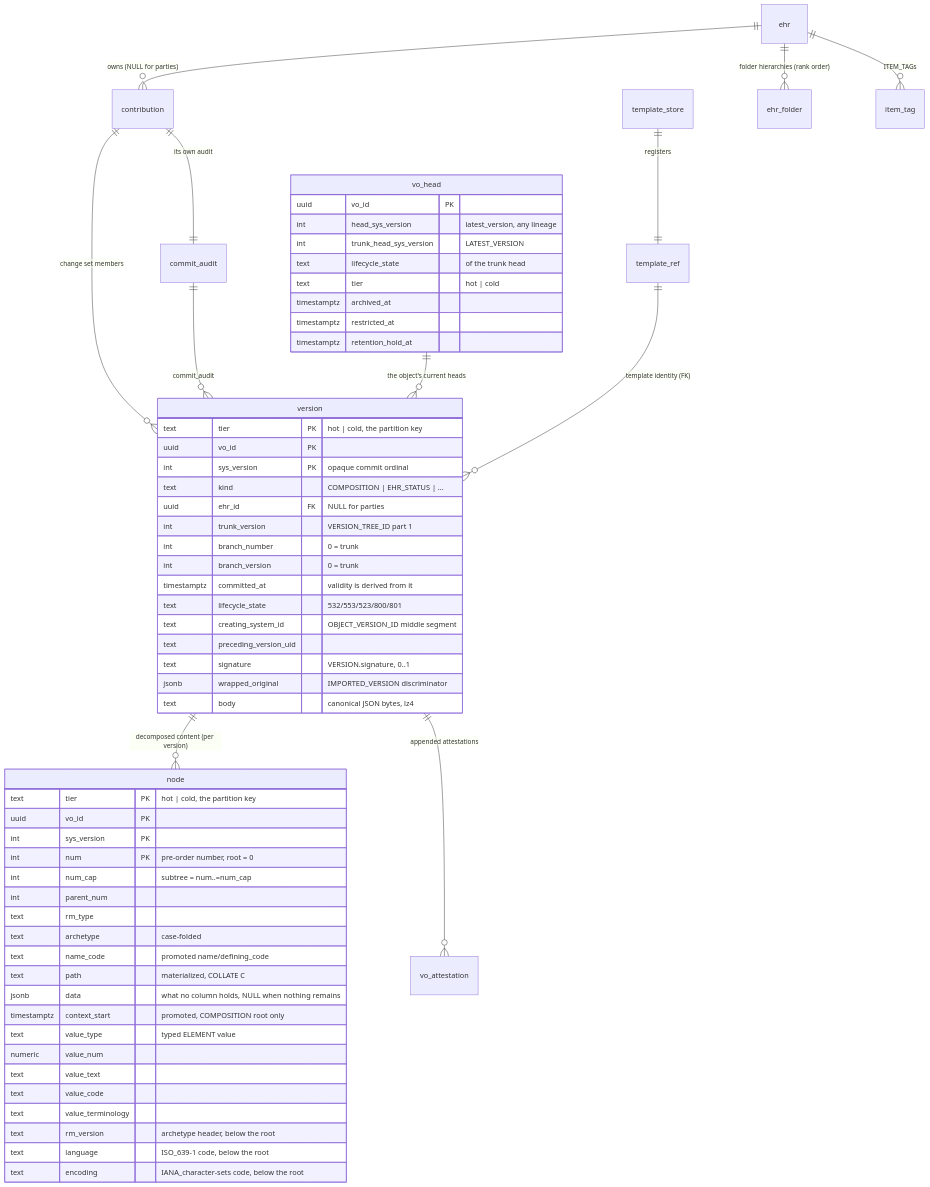
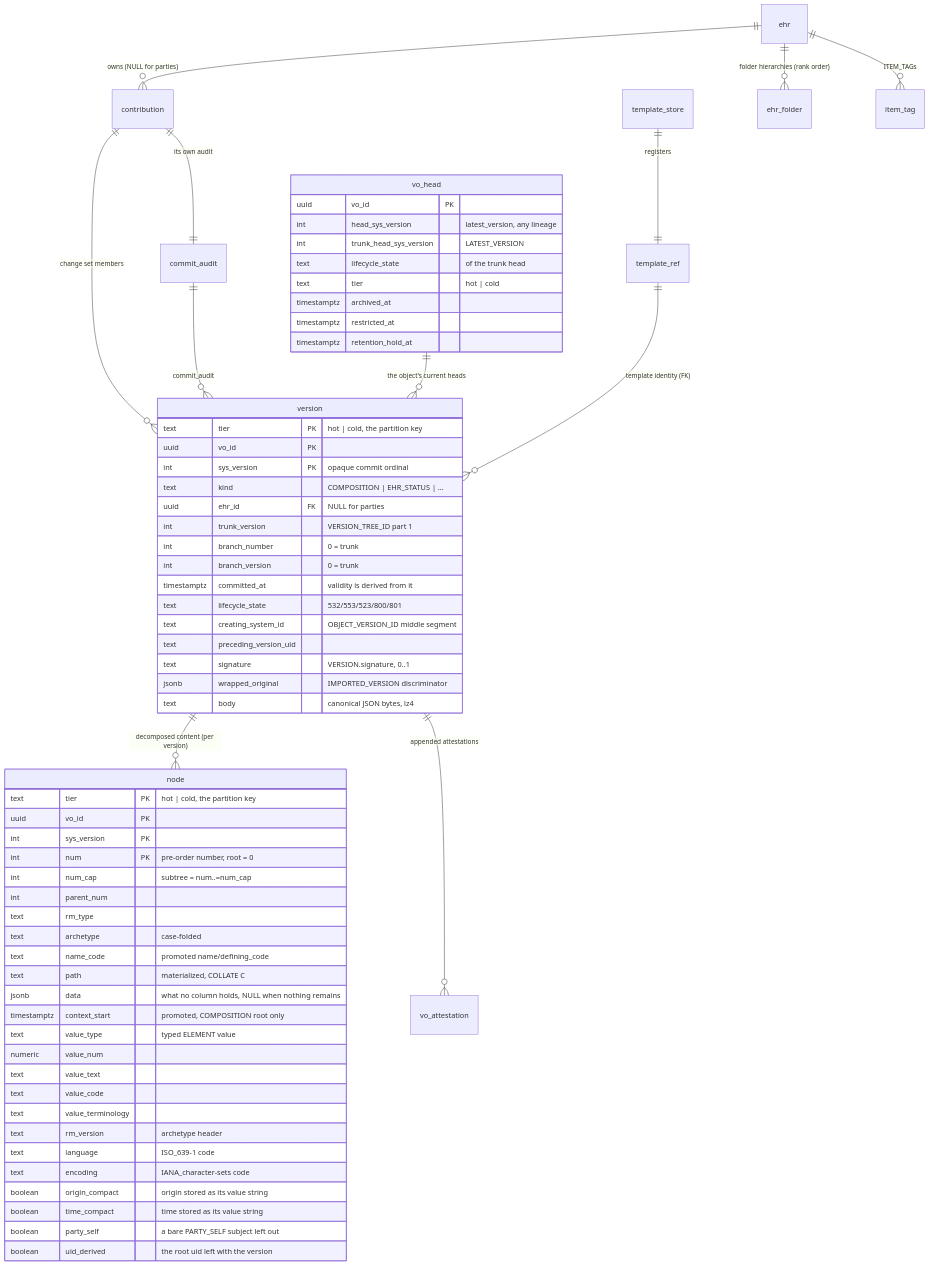
One commit to FerroHEALTH/FerroEHR changed the second of 6 diagrams in website/book/src/concepts/storage.md. Above: the diagram before and after it, drawn with Mermaid. The commit also changed other lines of this file and 39 other files, not shown here.

````diff
--- a/website/book/src/concepts/storage.md
+++ b/website/book/src/concepts/storage.md
@@ -104,64 +104,68 @@
 ```mermaid
 erDiagram
     ehr ||--o{ contribution : "owns (NULL for parties)"
     contribution ||--|| commit_audit : "its own audit"
     contribution ||--o{ version : "change set members"
     commit_audit ||--o{ version : "commit_audit"
     vo_head ||--o{ version : "the object's current heads"
     version ||--o{ node : "decomposed content (per version)"
     version ||--o{ vo_attestation : "appended attestations"
     template_ref ||--o{ version : "template identity (FK)"
     template_store ||--|| template_ref : "registers"
     ehr ||--o{ ehr_folder : "folder hierarchies (rank order)"
     ehr ||--o{ item_tag : "ITEM_TAGs"
 
     version {
         text tier PK "hot | cold, the partition key"
         uuid vo_id PK
         int sys_version PK "opaque commit ordinal"
         text kind "COMPOSITION | EHR_STATUS | ..."
         uuid ehr_id FK "NULL for parties"
         int trunk_version "VERSION_TREE_ID part 1"
         int branch_number "0 = trunk"
         int branch_version "0 = trunk"
         timestamptz committed_at "validity is derived from it"
         text lifecycle_state "532/553/523/800/801"
         text creating_system_id "OBJECT_VERSION_ID middle segment"
         text preceding_version_uid
         text signature "VERSION.signature, 0..1"
         jsonb wrapped_original "IMPORTED_VERSION discriminator"
         text body "canonical JSON bytes, lz4"
     }
     vo_head {
         uuid vo_id PK
         int head_sys_version "latest_version, any lineage"
         int trunk_head_sys_version "LATEST_VERSION"
         text lifecycle_state "of the trunk head"
         text tier "hot | cold"
         timestamptz archived_at
         timestamptz restricted_at
         timestamptz retention_hold_at
     }
     node {
         text tier PK "hot | cold, the partition key"
         uuid vo_id PK
         int sys_version PK
         int num PK "pre-order number, root = 0"
         int num_cap "subtree = num..=num_cap"
         int parent_num
         text rm_type
         text archetype "case-folded"
         text name_code "promoted name/defining_code"
         text path "materialized, COLLATE C"
         jsonb data "what no column holds, NULL when nothing remains"
         timestamptz context_start "promoted, COMPOSITION root only"
         text value_type "typed ELEMENT value"
         numeric value_num
         text value_text
         text value_code
         text value_terminology
-        text rm_version "archetype header, below the root"
-        text language "ISO_639-1 code, below the root"
-        text encoding "IANA_character-sets code, below the root"
+        text rm_version "archetype header"
+        text language "ISO_639-1 code"
+        text encoding "IANA_character-sets code"
+        boolean origin_compact "origin stored as its value string"
+        boolean time_compact "time stored as its value string"
+        boolean party_self "a bare PARTY_SELF subject left out"
+        boolean uid_derived "the root uid left with the version"
     }
 ```
````
